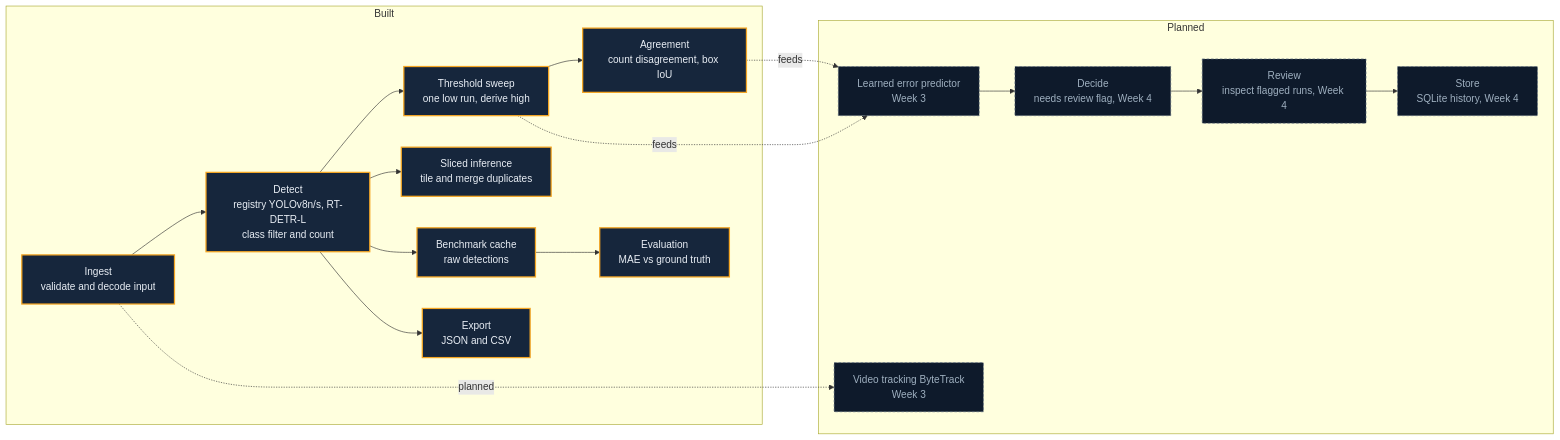
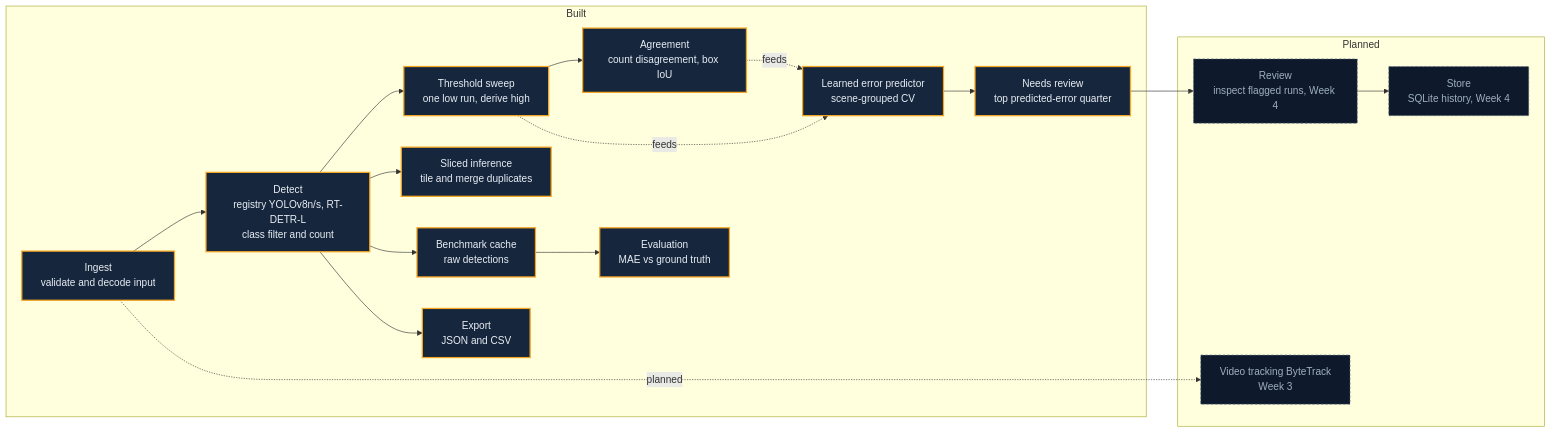
One commit to bakhtawar7/TrafficLens changed the diagram in docs/architecture.md. Above: the diagram before and after it, drawn with Mermaid. The commit also changed other lines of this file and 4 other files, not shown here.

Commit message:
Build scene-grouped error predictor

````diff
--- a/docs/architecture.md
+++ b/docs/architecture.md
@@ -15,35 +16,35 @@
 ```mermaid
 flowchart LR
     subgraph BUILT[Built]
         ING[Ingest<br/>validate and decode input]
         DET[Detect<br/>registry YOLOv8n/s, RT-DETR-L<br/>class filter and count]
         SLC[Sliced inference<br/>tile and merge duplicates]
         SWEEP[Threshold sweep<br/>one low run, derive high]
         AGREE[Agreement<br/>count disagreement, box IoU]
         BM[Benchmark cache<br/>raw detections]
         EVAL[Evaluation<br/>MAE vs ground truth]
         EXP[Export<br/>JSON and CSV]
+        PRED[Learned error predictor<br/>scene-grouped CV]
+        DEC[Needs review<br/>top predicted-error quarter]
     end
     subgraph PLANNED[Planned]
-        PRED[Learned error predictor<br/>Week 3]
         VID[Video tracking ByteTrack<br/>Week 3]
-        DEC[Decide<br/>needs review flag, Week 4]
         REV[Review<br/>inspect flagged runs, Week 4]
         STO[Store<br/>SQLite history, Week 4]
     end
 
     ING --> DET --> SWEEP
     DET --> SLC
     SWEEP --> AGREE
     DET --> BM --> EVAL
     DET --> EXP
     AGREE -. feeds .-> PRED
     SWEEP -. feeds .-> PRED
     PRED --> DEC --> REV --> STO
     ING -. planned .-> VID
 
     classDef built fill:#16263c,stroke:#f5a623,stroke-width:2px,color:#e9eef5;
     classDef planned fill:#0e1a2b,stroke:#5b6b7f,stroke-dasharray:4 3,color:#9fb0c0;
-    class ING,DET,SLC,SWEEP,AGREE,BM,EVAL,EXP built;
-    class PRED,VID,DEC,REV,STO planned;
+    class ING,DET,SLC,SWEEP,AGREE,BM,EVAL,EXP,PRED,DEC built;
+    class VID,REV,STO planned;
 ```
````
